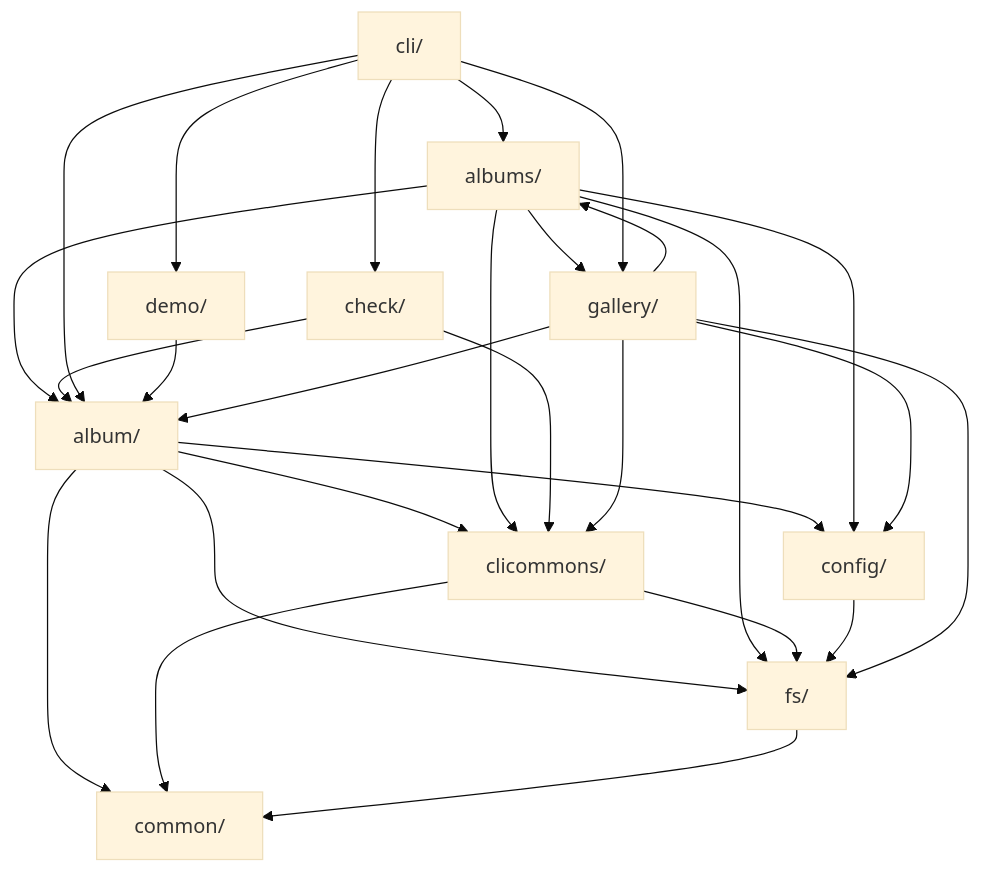
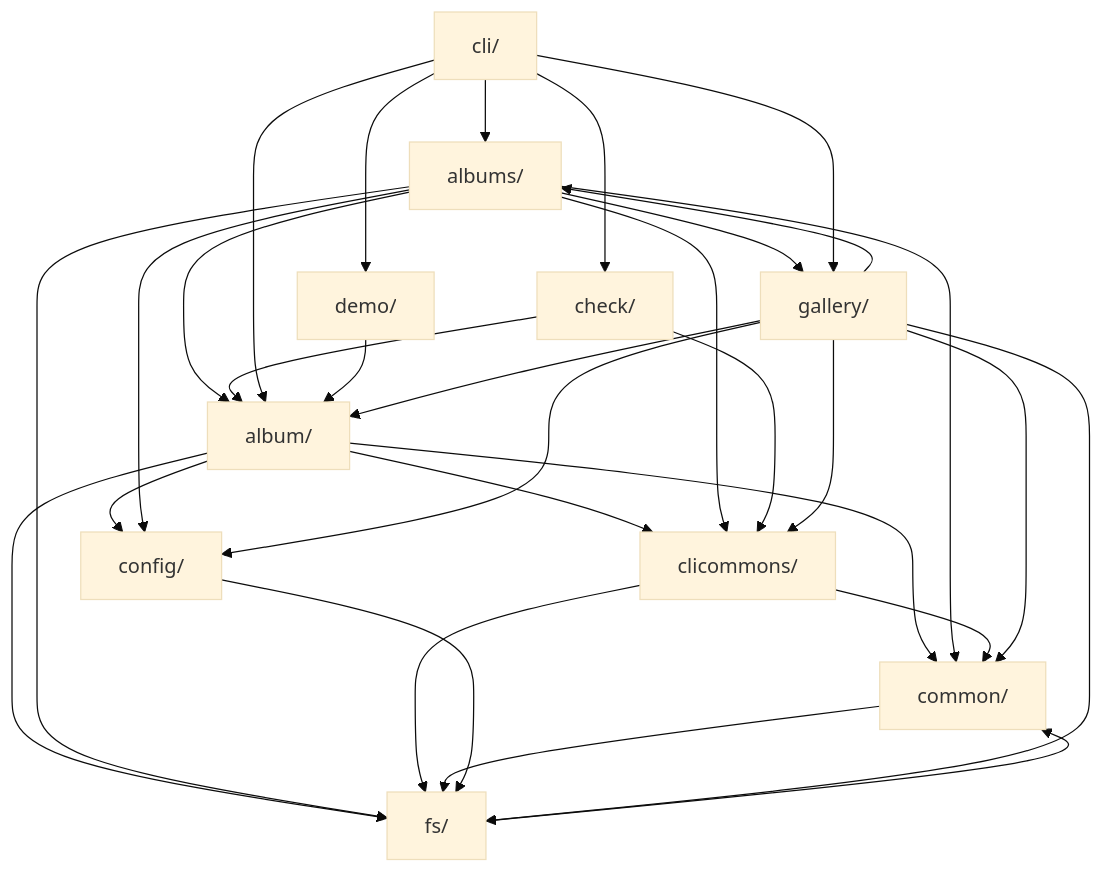
Before and after one commit to iglootools/photree: the diagram in docs/architecture.md, drawn with Mermaid (base theme). The commit also changed 11 other files, not shown here.

````diff
--- a/docs/architecture.md
+++ b/docs/architecture.md
@@ -17,40 +17,43 @@
 ```mermaid
 graph TD
     album["album/"]
     albums["albums/"]
     check["check/"]
     cli["cli/"]
     clicommons["clicommons/"]
     common["common/"]
     config["config/"]
     demo["demo/"]
     fs["fs/"]
     gallery["gallery/"]
 
     album --> clicommons
     album --> common
     album --> config
     album --> fs
     albums --> album
     albums --> clicommons
+    albums --> common
     albums --> config
     albums --> fs
     albums --> gallery
     check --> album
     check --> clicommons
     cli --> album
     cli --> albums
     cli --> check
     cli --> demo
     cli --> gallery
     clicommons --> common
     clicommons --> fs
+    common --> fs
     config --> fs
     demo --> album
     fs --> common
     gallery --> album
     gallery --> albums
     gallery --> clicommons
+    gallery --> common
     gallery --> config
     gallery --> fs
 ```
````
